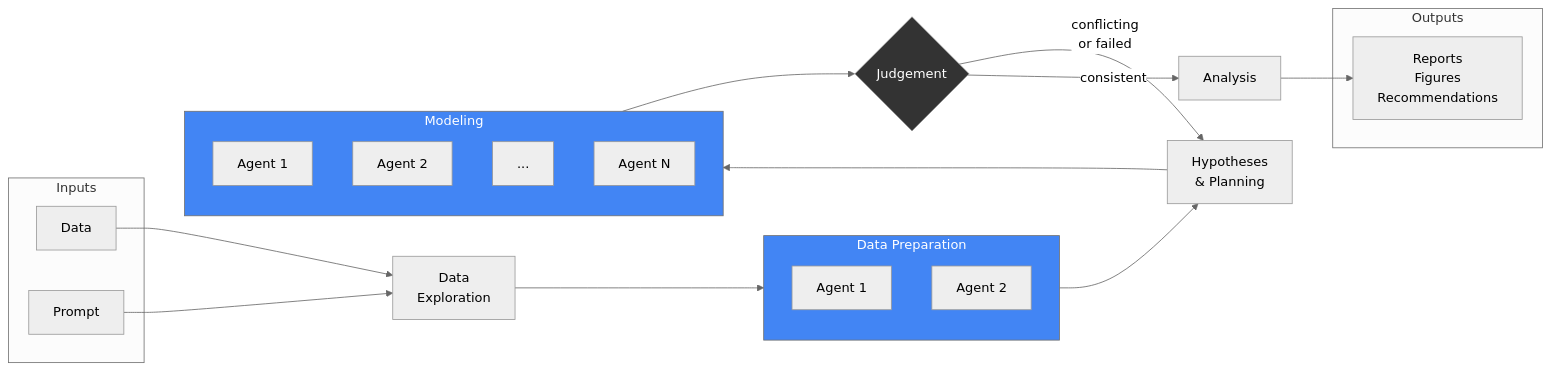
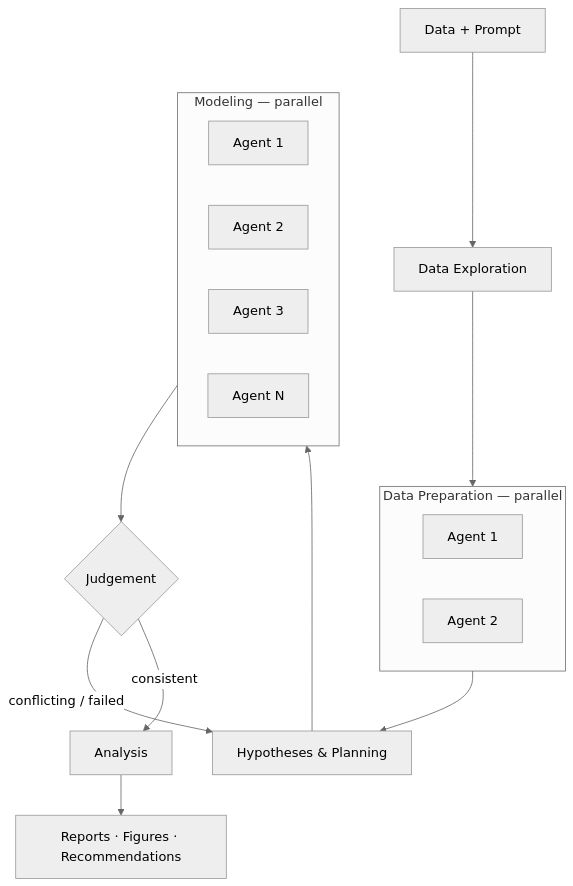
One commit to pymc-labs/decision-lab changed the diagram in decision-packs/mmm/README.md. Above: the diagram before and after it, drawn with Mermaid (neutral theme). The commit also changed other lines of this file, not shown here.

Commit message:
Vertical Mermaid diagram, remove reference

````diff
--- a/decision-packs/mmm/README.md
+++ b/decision-packs/mmm/README.md
@@ -17,42 +17,25 @@
 ```mermaid
-graph LR
-    subgraph Inputs
-        D[Data]
-        P[Prompt]
-    end
-
-    D --> E[Data\nExploration]
-    P --> E
-
+graph TD
+    D[Data + Prompt] --> E[Data Exploration]
     E --> DP
 
-    subgraph DP[Data Preparation]
+    subgraph DP [Data Preparation — parallel]
         DP1[Agent 1]
         DP2[Agent 2]
     end
 
-    DP --> MP[Hypotheses\n& Planning]
+    DP --> HP[Hypotheses & Planning]
+    HP --> M
 
-    MP --> M
-
-    subgraph M[Modeling]
+    subgraph M [Modeling — parallel]
         M1[Agent 1]
         M2[Agent 2]
-        M3[...]
+        M3[Agent 3]
         MN[Agent N]
     end
 
     M --> J{Judgement}
-    J -->|conflicting\nor failed| MP
-    J -->|consistent| A[Analysis]
-
-    A --> O
-
-    subgraph Outputs
-        O[Reports\nFigures\nRecommendations]
-    end
-
-    style DP fill:#4285f4,color:#fff
-    style M fill:#4285f4,color:#fff
-    style J fill:#333,color:#fff
+    J -- conflicting / failed --> HP
+    J -- consistent --> A[Analysis]
+    A --> O[Reports · Figures · Recommendations]
 ```
````
